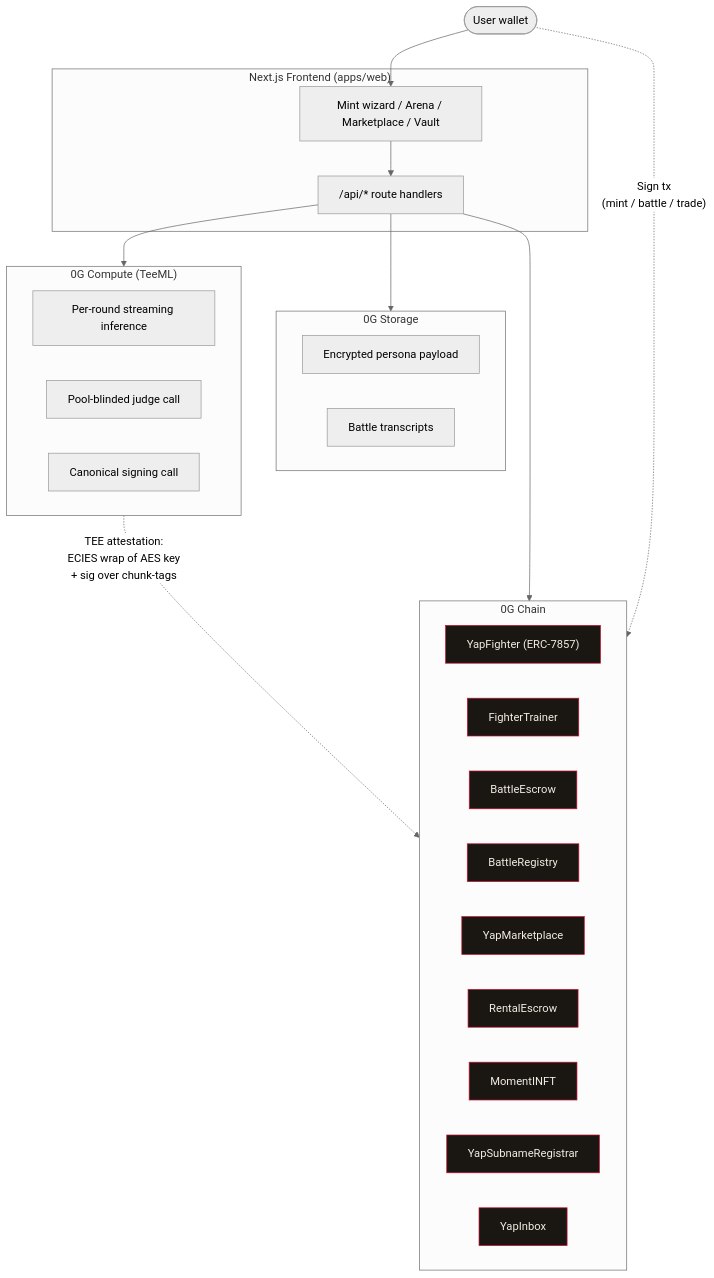
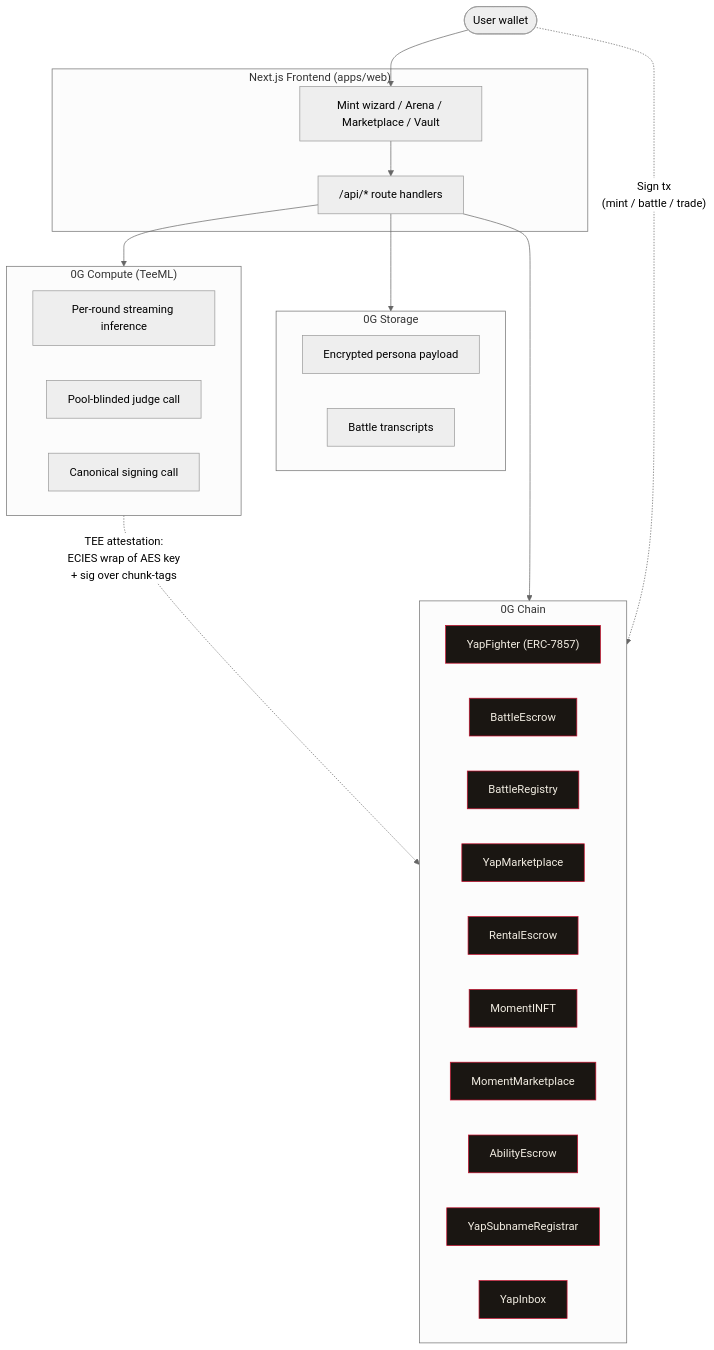
Before and after one commit to tamaa13/yap: the first of 5 diagrams in docs/ARCHITECTURE.md, drawn with Mermaid (neutral theme). The commit also changed other lines of this file and 5 other files, not shown here.

````diff
--- a/docs/ARCHITECTURE.md
+++ b/docs/ARCHITECTURE.md
@@ -14,39 +14,40 @@
 ```mermaid
 flowchart TB
     user(["User wallet"])
     subgraph frontend["Next.js Frontend (apps/web)"]
         ui["Mint wizard / Arena / Marketplace / Vault"]
         api["/api/* route handlers"]
     end
     subgraph compute["0G Compute (TeeML)"]
         infer["Per-round streaming inference"]
         judge["Pool-blinded judge call"]
         canon["Canonical signing call"]
     end
     subgraph storage["0G Storage"]
         seed["Encrypted persona payload"]
         transcripts["Battle transcripts"]
     end
     subgraph chain["0G Chain"]
         fighter["YapFighter (ERC-7857)"]
-        trainer["FighterTrainer"]
         escrow["BattleEscrow"]
         registry["BattleRegistry"]
         market["YapMarketplace"]
         rental["RentalEscrow"]
         moment["MomentINFT"]
+        marketMoment["MomentMarketplace"]
+        ability["AbilityEscrow"]
         subname["YapSubnameRegistrar"]
         inbox["YapInbox"]
     end
 
     user --> ui
     ui --> api
     api --> compute
     api --> storage
     compute -. "TEE attestation:<br/>ECIES wrap of AES key<br/>+ sig over chunk-tags" .-> chain
     user -. "Sign tx<br/>(mint / battle / trade)" .-> chain
     api --> chain
 
     classDef contract fill:#1A1612,stroke:#C8102E,color:#F2EDE2
-    class fighter,trainer,escrow,registry,market,rental,moment,subname,inbox contract
+    class fighter,escrow,registry,market,rental,moment,marketMoment,ability,subname,inbox contract
 ```
````
